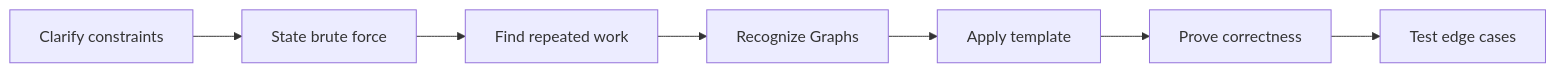
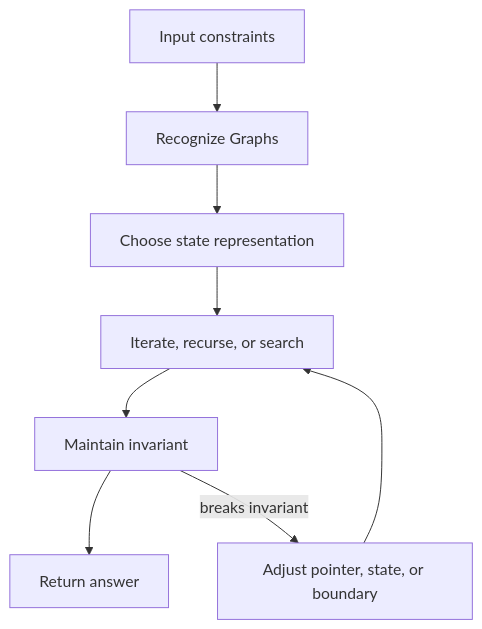
One commit to abstractinterviews/abstractinterviews.github.io changed the second of 2 diagrams in coding-round/data-structures/graphs/index.md. Above: the diagram before and after it, drawn with Mermaid. The commit also changed other lines of this file and 278 other files, not shown here.

````diff
--- a/coding-round/data-structures/graphs/index.md
+++ b/coding-round/data-structures/graphs/index.md
@@ -123,9 +121,10 @@
-~~~mermaid
-flowchart LR
-    A["Clarify constraints"] --> B["State brute force"]
-    B --> C["Find repeated work"]
-    C --> D["Recognize Graphs"]
-    D --> E["Apply template"]
-    E --> F["Prove correctness"]
-    F --> G["Test edge cases"]
-~~~
+```mermaid
+flowchart TD
+    Input["Input constraints"] --> Pattern["Recognize Graphs"]
+    Pattern --> State["Choose state representation"]
+    State --> Iterate["Iterate, recurse, or search"]
+    Iterate --> Check["Maintain invariant"]
+    Check --> Result["Return answer"]
+    Check -->|breaks invariant| Fix["Adjust pointer, state, or boundary"]
+    Fix --> Iterate
+```
````
